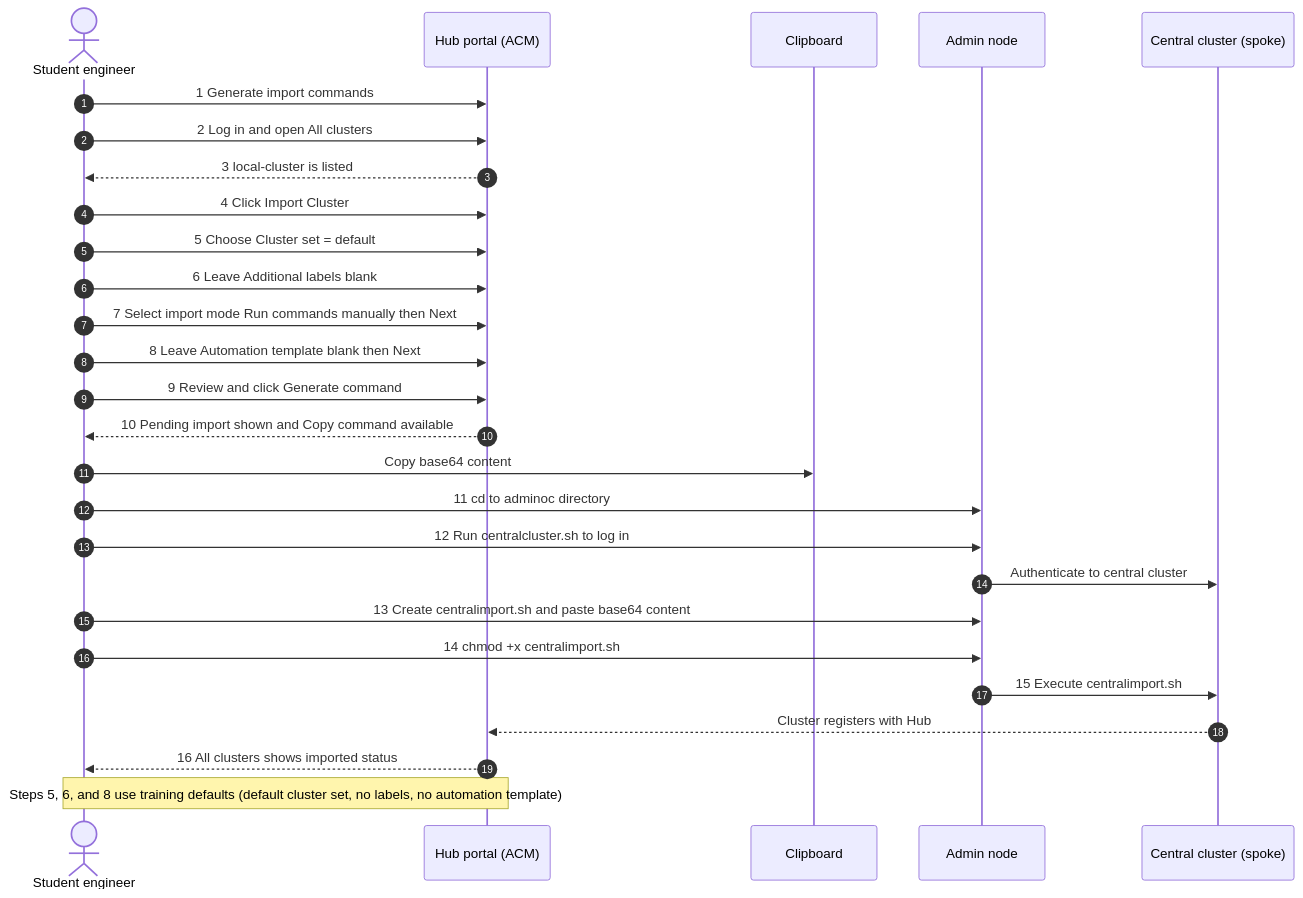
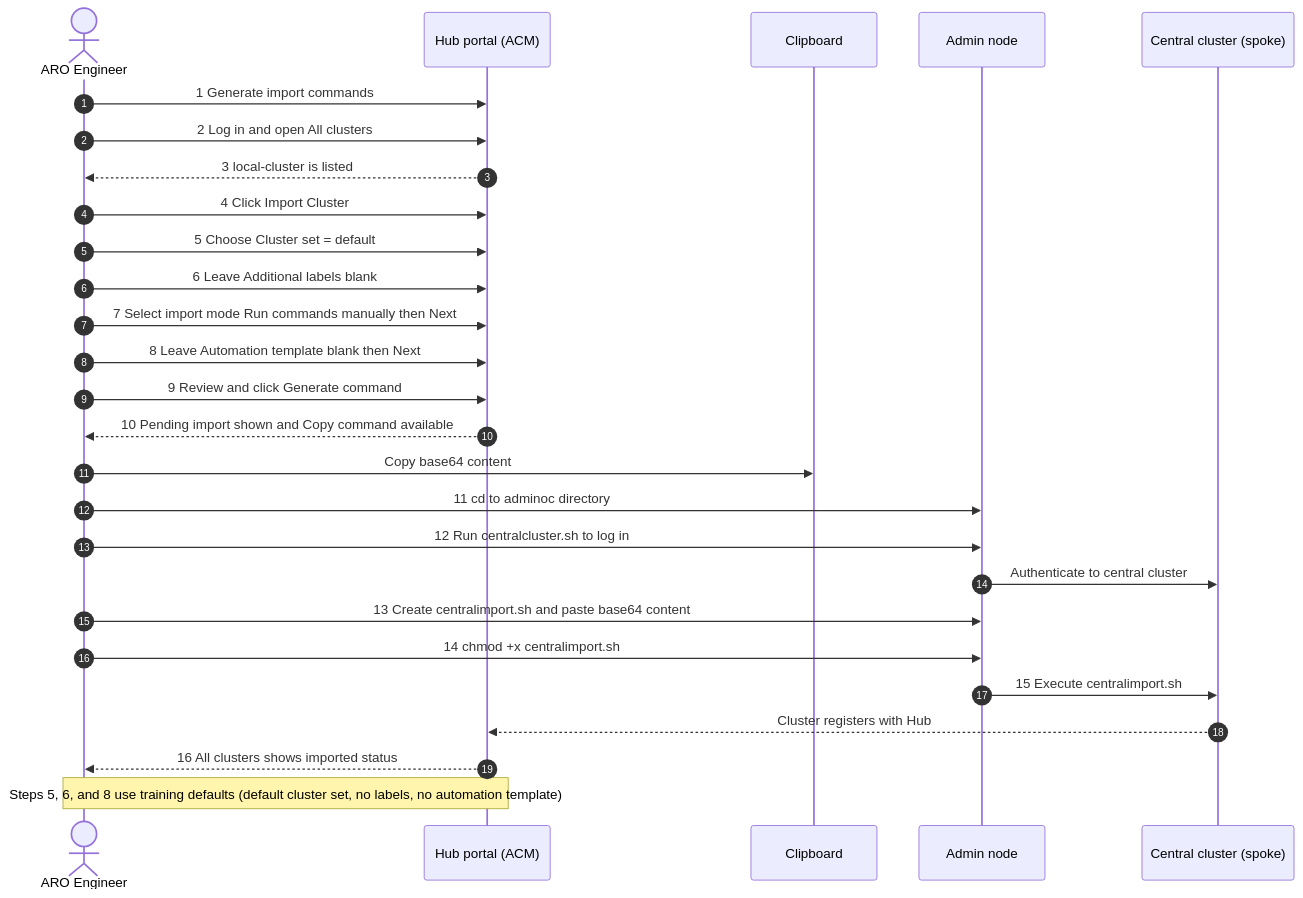
The diagram in Module-04-integrate-with-acm.md (heisthesisko/Azure_RedHat_OpenShift_Virtualization), drawn with Mermaid before and after one commit.

Commit message:
fix: update actor name in sequence diagram for clarity in ACM integration module

````diff
--- a/Module-04-integrate-with-acm.md
+++ b/Module-04-integrate-with-acm.md
@@ -7,37 +7,37 @@
 ```mermaid
 sequenceDiagram
     autonumber
-    actor Student as Student engineer
+    actor Student as ARO Engineer
     participant Hub as Hub portal (ACM)
     participant Clipboard as Clipboard
     participant Admin as Admin node
     participant Central as Central cluster (spoke)
 
     %% Hub portal steps
     Student ->> Hub: 1 Generate import commands
     Student ->> Hub: 2 Log in and open All clusters
     Hub -->> Student: 3 local-cluster is listed
     Student ->> Hub: 4 Click Import Cluster
     Student ->> Hub: 5 Choose Cluster set = default
     Student ->> Hub: 6 Leave Additional labels blank
     Student ->> Hub: 7 Select import mode Run commands manually then Next
     Student ->> Hub: 8 Leave Automation template blank then Next
     Student ->> Hub: 9 Review and click Generate command
     Hub -->> Student: 10 Pending import shown and Copy command available
     Student ->> Clipboard: Copy base64 content
 
     %% Admin node actions
     Student ->> Admin: 11 cd to adminoc directory
     Student ->> Admin: 12 Run centralcluster.sh to log in
     Admin ->> Central: Authenticate to central cluster
     Student ->> Admin: 13 Create centralimport.sh and paste base64 content
     Student ->> Admin: 14 chmod +x centralimport.sh
     Admin ->> Central: 15 Execute centralimport.sh
 
     %% Completion
     Central -->> Hub: Cluster registers with Hub
     Hub -->> Student: 16 All clusters shows imported status
 
     %% Notes for training defaults
     Note over Hub,Student: Steps 5, 6, and 8 use training defaults (default cluster set, no labels, no automation template)
 ```
````
